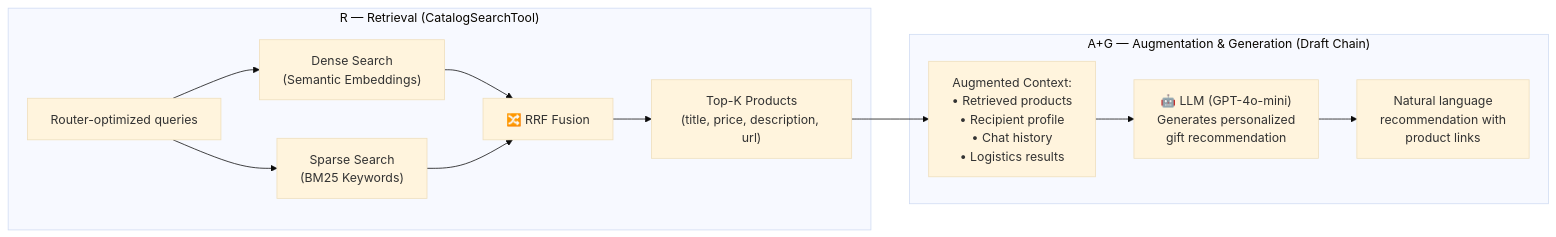
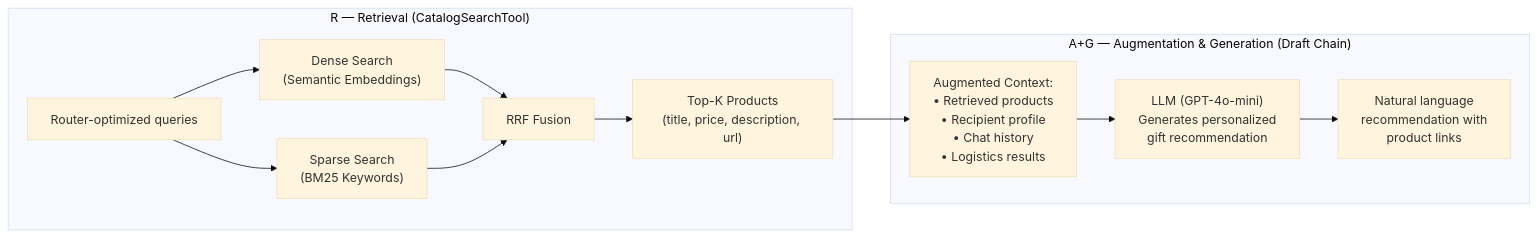
One commit to AsinduDeSilva/kapruka-gift-concierge changed the sixth of 11 diagrams in ARCHITECTURE.md. Above: the diagram before and after it, drawn with Mermaid (base theme). The commit also changed other lines of this file and 3 other files, not shown here.

````diff
--- a/ARCHITECTURE.md
+++ b/ARCHITECTURE.md
@@ -270,16 +270,16 @@
 ```mermaid
 flowchart LR
     subgraph "R — Retrieval (CatalogSearchTool)"
         Q["Router-optimized queries"] --> D["Dense Search<br/>(Semantic Embeddings)"]
         Q --> S["Sparse Search<br/>(BM25 Keywords)"]
-        D --> RRF["🔀 RRF Fusion"]
+        D --> RRF["RRF Fusion"]
         S --> RRF
         RRF --> PRODUCTS["Top-K Products<br/>(title, price, description, url)"]
     end
 
     subgraph "A+G — Augmentation & Generation (Draft Chain)"
         PRODUCTS --> CONTEXT["Augmented Context:<br/>• Retrieved products<br/>• Recipient profile<br/>• Chat history<br/>• Logistics results"]
-        CONTEXT --> LLM["🤖 LLM (GPT-4o-mini)<br/>Generates personalized<br/>gift recommendation"]
+        CONTEXT --> LLM["LLM (GPT-4o-mini)<br/>Generates personalized<br/>gift recommendation"]
         LLM --> OUTPUT["Natural language<br/>recommendation with<br/>product links"]
     end
 ```
````
